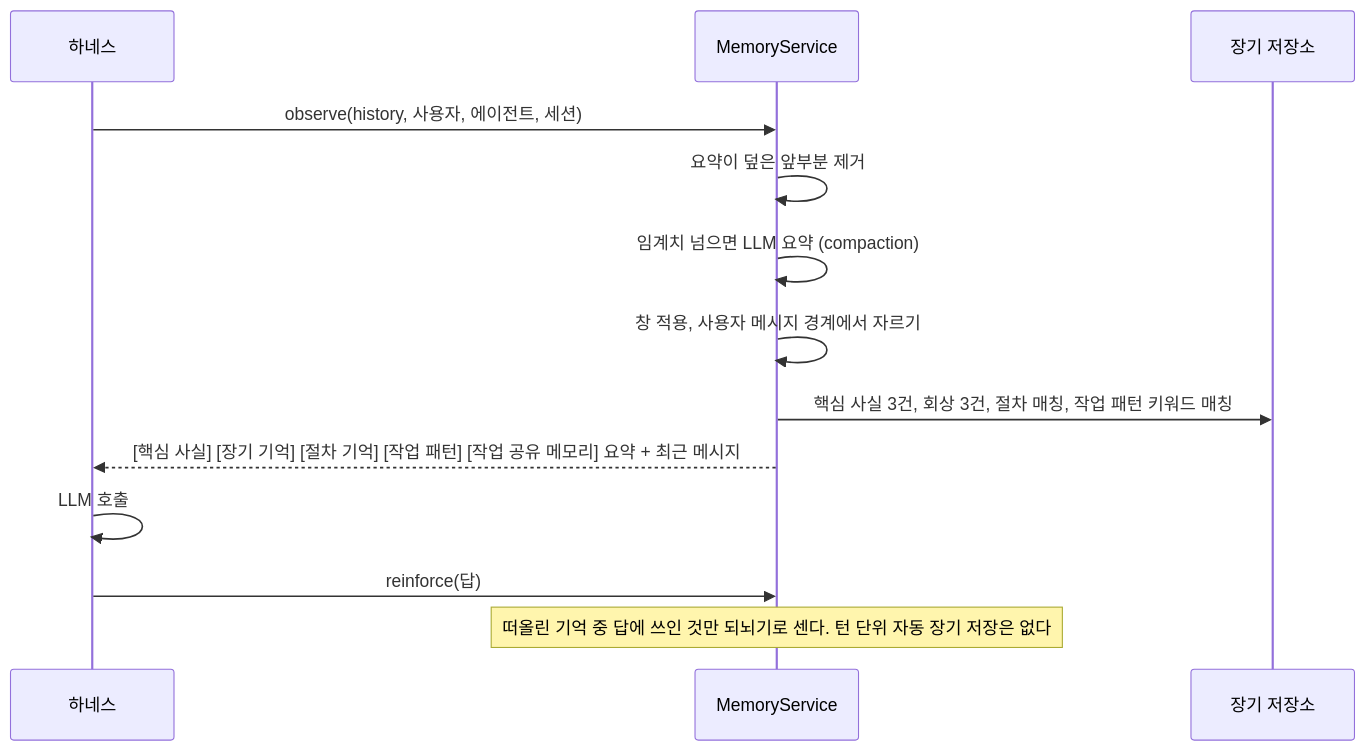
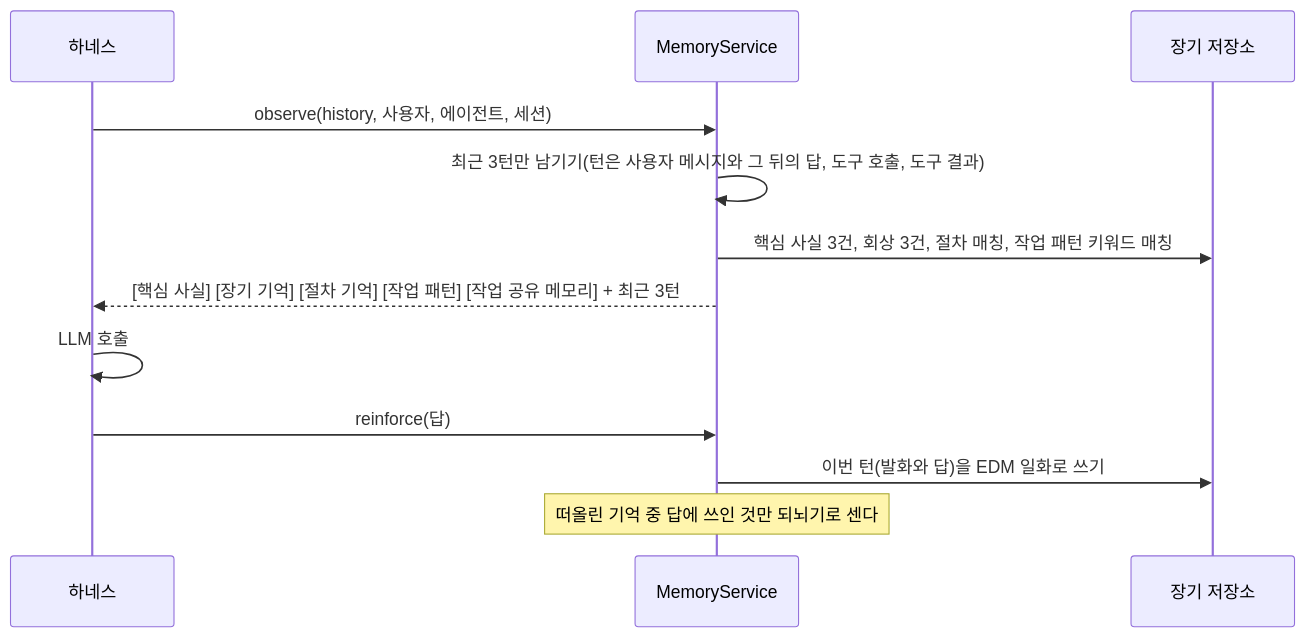
Before and after one commit to ash-hun/jarvis-agent: the first of 4 diagrams in website/docs/concepts/memory.md, drawn with Mermaid. The commit also changed other lines of this file and 17 other files, not shown here.

First line of the commit message:
Feat: 모델에 넣는 단기 기억을 최근 3턴으로 줄이고 턴이 끝날 때마다 그 턴을 EDM 일화로 써, 컴팩션과 세션 종료 요약 없이도 3턴 밖의 사실을 회상으로 되찾는다 (#185)

````diff
--- a/website/docs/concepts/memory.md
+++ b/website/docs/concepts/memory.md
@@ -36,15 +36,14 @@
 ```mermaid
 sequenceDiagram
   participant H as 하네스
   participant M as MemoryService
   participant S as 장기 저장소
   H->>M: observe(history, 사용자, 에이전트, 세션)
-  M->>M: 요약이 덮은 앞부분 제거
-  M->>M: 임계치 넘으면 LLM 요약 (compaction)
-  M->>M: 창 적용, 사용자 메시지 경계에서 자르기
+  M->>M: 최근 3턴만 남기기(턴은 사용자 메시지와 그 뒤의 답, 도구 호출, 도구 결과)
   M->>S: 핵심 사실 3건, 회상 3건, 절차 매칭, 작업 패턴 키워드 매칭
-  M-->>H: [핵심 사실] [장기 기억] [절차 기억] [작업 패턴] [작업 공유 메모리] 요약 + 최근 메시지
+  M-->>H: [핵심 사실] [장기 기억] [절차 기억] [작업 패턴] [작업 공유 메모리] + 최근 3턴
   H->>H: LLM 호출
   H->>M: reinforce(답)
-  Note over M: 떠올린 기억 중 답에 쓰인 것만 되뇌기로 센다. 턴 단위 자동 장기 저장은 없다
+  M->>S: 이번 턴(발화와 답)을 EDM 일화로 쓰기
+  Note over M: 떠올린 기억 중 답에 쓰인 것만 되뇌기로 센다
 ```
````
